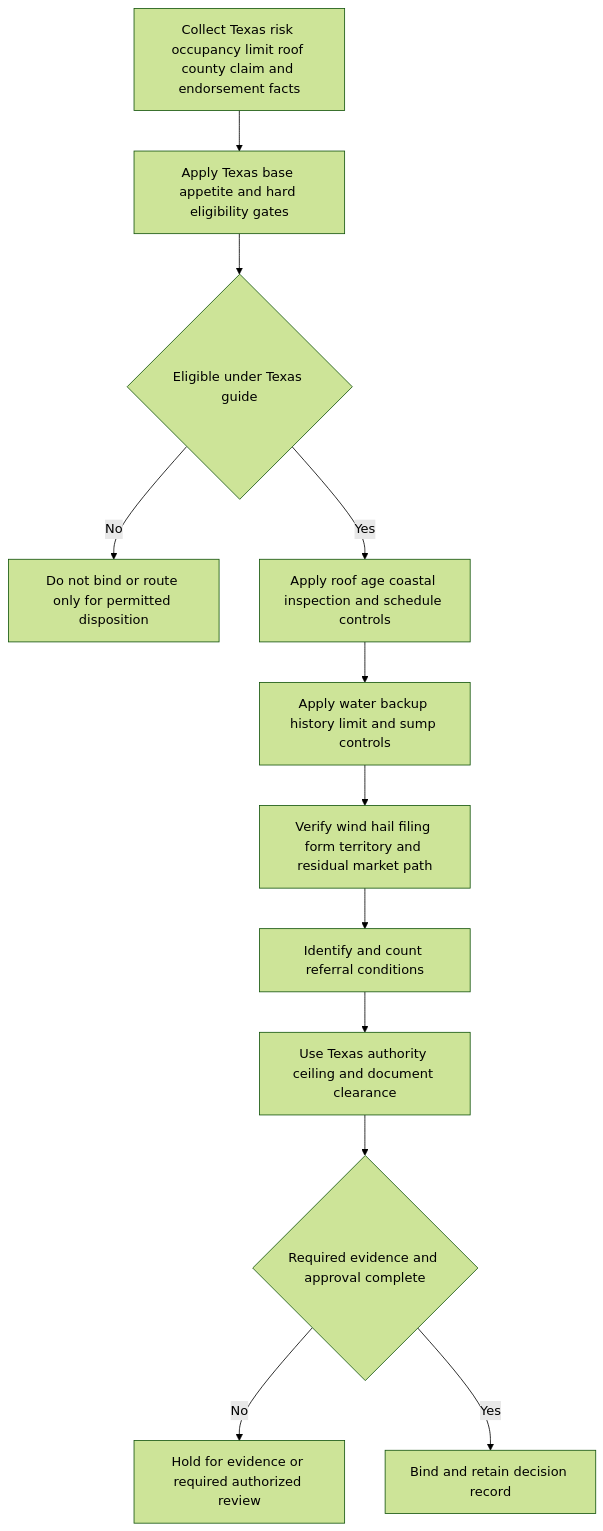
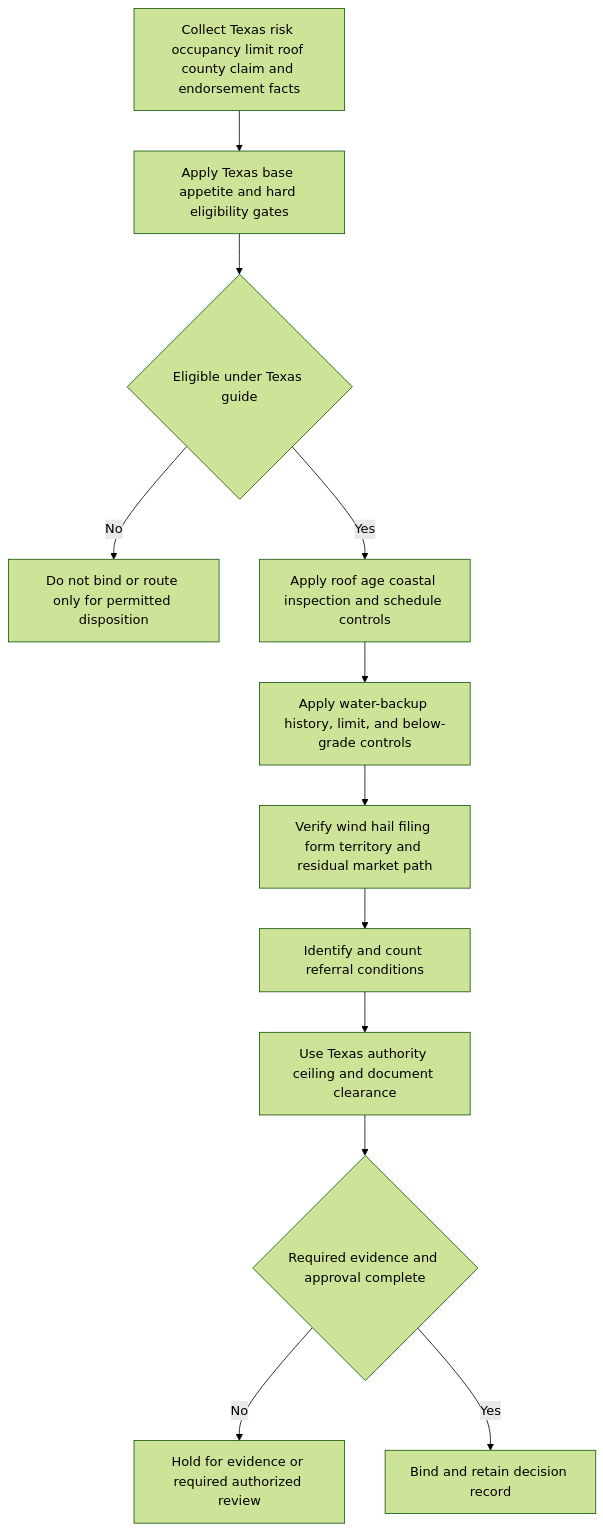
One commit to eugeneliu-86/openwiki-insurance-corpus changed the diagram in openwiki/underwriting/texas-appetite.md. Above: the diagram before and after it, drawn with Mermaid (forest theme). The commit also changed other lines of this file and 25 other files, not shown here.

````diff
--- a/openwiki/underwriting/texas-appetite.md
+++ b/openwiki/underwriting/texas-appetite.md
@@ -54,14 +56,14 @@
 ```mermaid
 flowchart TD
     Intake["Collect Texas risk occupancy limit roof county claim and endorsement facts"] --> Base["Apply Texas base appetite and hard eligibility gates"]
     Base --> Eligible{"Eligible under Texas guide"}
     Eligible -- No --> Disposition["Do not bind or route only for permitted disposition"]
     Eligible -- Yes --> Roof["Apply roof age coastal inspection and schedule controls"]
-    Roof --> Water["Apply water backup history limit and sump controls"]
+    Roof --> Water["Apply water-backup history, limit, and below-grade controls"]
     Water --> Wind["Verify wind hail filing form territory and residual market path"]
     Wind --> Referrals["Identify and count referral conditions"]
     Referrals --> Authority["Use Texas authority ceiling and document clearance"]
     Authority --> Complete{"Required evidence and approval complete"}
     Complete -- No --> Hold["Hold for evidence or required authorized review"]
     Complete -- Yes --> Bind["Bind and retain decision record"]
 ```
````
